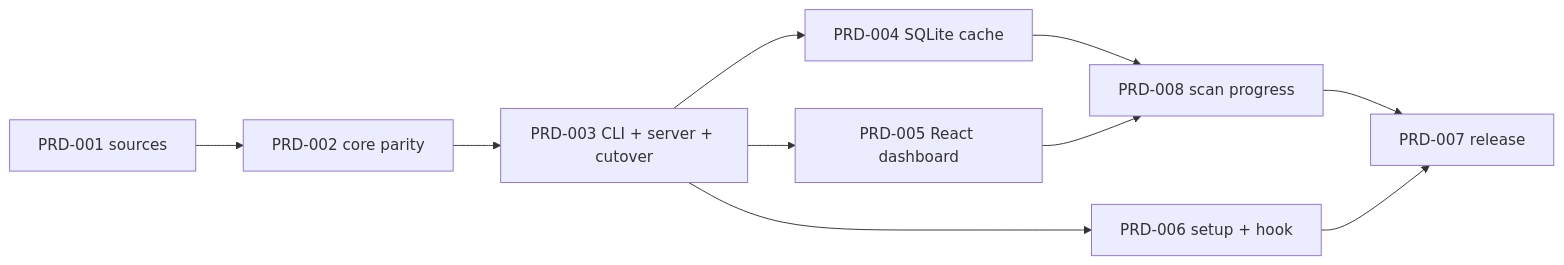
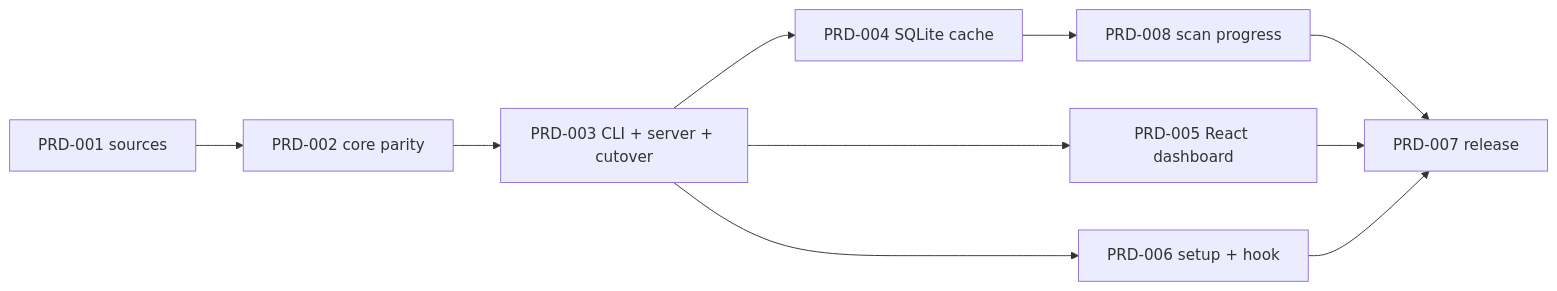
One commit to jonit-dev/token-furnace changed the diagram in docs/PRDs/active/npx-restructure/README.md. Above: the diagram before and after it, drawn with Mermaid. The commit also changed other lines of this file and 3 other files, not shown here.

````diff
--- a/docs/PRDs/active/npx-restructure/README.md
+++ b/docs/PRDs/active/npx-restructure/README.md
@@ -24,11 +24,11 @@
 ```mermaid
 flowchart LR
   P1[PRD-001 sources] --> P2[PRD-002 core parity] --> P3[PRD-003 CLI + server + cutover]
   P3 --> P4[PRD-004 SQLite cache]
   P3 --> P5[PRD-005 React dashboard]
   P3 --> P6[PRD-006 setup + hook]
   P4 --> P8[PRD-008 scan progress]
-  P5 --> P8
   P8 --> P7[PRD-007 release]
+  P5 --> P7
   P6 --> P7
 ```
````
